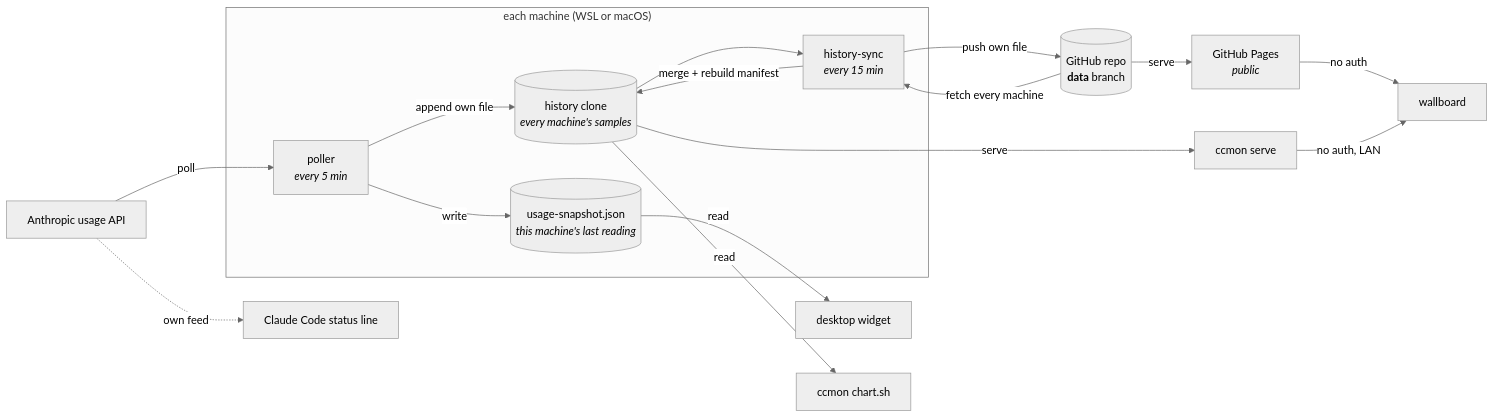
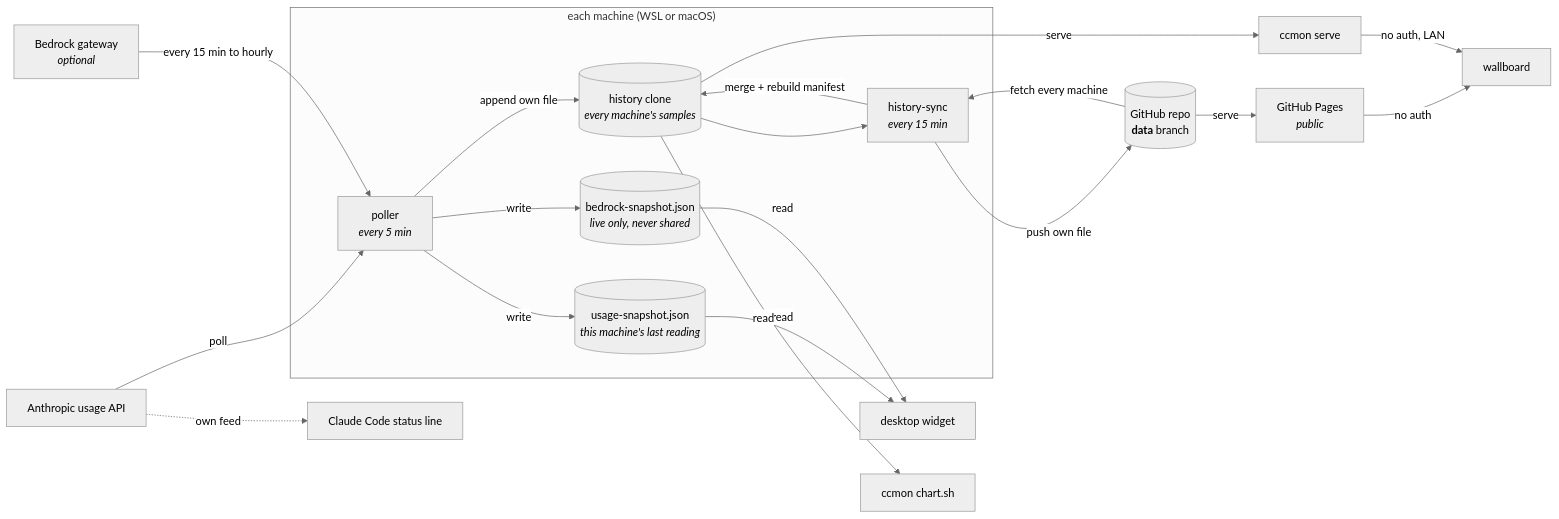
One commit to baloise/aicon-ccmon changed the diagram in README.md. Above: the diagram before and after it, drawn with Mermaid (neutral theme). The commit also changed other lines of this file and 13 other files, not shown here.

First line of the commit message:
Show the Bedrock gateway's monthly budget as a second panel

````diff
--- a/README.md
+++ b/README.md
@@ -25,34 +25,39 @@
 ```mermaid
 flowchart LR
   API["Anthropic usage API"]
+  GW["Bedrock gateway<br/><i>optional</i>"]
 
   subgraph machine["each machine (WSL or macOS)"]
     POLL["poller<br/><i>every 5 min</i>"]
     SNAP[("usage-snapshot.json<br/><i>this machine's last reading</i>")]
+    BSNAP[("bedrock-snapshot.json<br/><i>live only, never shared</i>")]
     HIST[("history clone<br/><i>every machine's samples</i>")]
     SYNC["history-sync<br/><i>every 15 min</i>"]
   end
 
   WIDGET["desktop widget"]
   STATUS["Claude Code status line"]
   CHART["ccmon chart.sh"]
   REPO[("GitHub repo<br/><b>data</b> branch")]
   PAGES["GitHub Pages<br/><i>public</i>"]
   SERVE["ccmon serve"]
   BOARD["wallboard"]
 
   API -->|poll| POLL
   API -.->|"own feed"| STATUS
   POLL -->|write| SNAP
   POLL -->|"append own file"| HIST
   SNAP -->|read| WIDGET
+  GW -->|"every 15 min to hourly"| POLL
+  POLL -->|write| BSNAP
+  BSNAP -->|read| WIDGET
   HIST --> SYNC
   SYNC -->|"push own file"| REPO
   REPO -->|"fetch every machine"| SYNC
   SYNC -->|"merge + rebuild manifest"| HIST
   HIST -->|read| CHART
   HIST -->|serve| SERVE
   REPO -->|serve| PAGES
   PAGES -->|"no auth"| BOARD
   SERVE -->|"no auth, LAN"| BOARD
 ```
````
